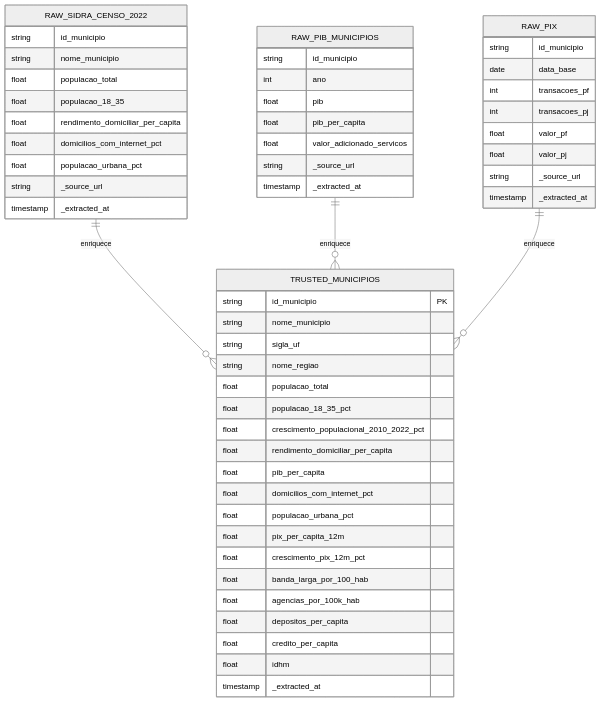
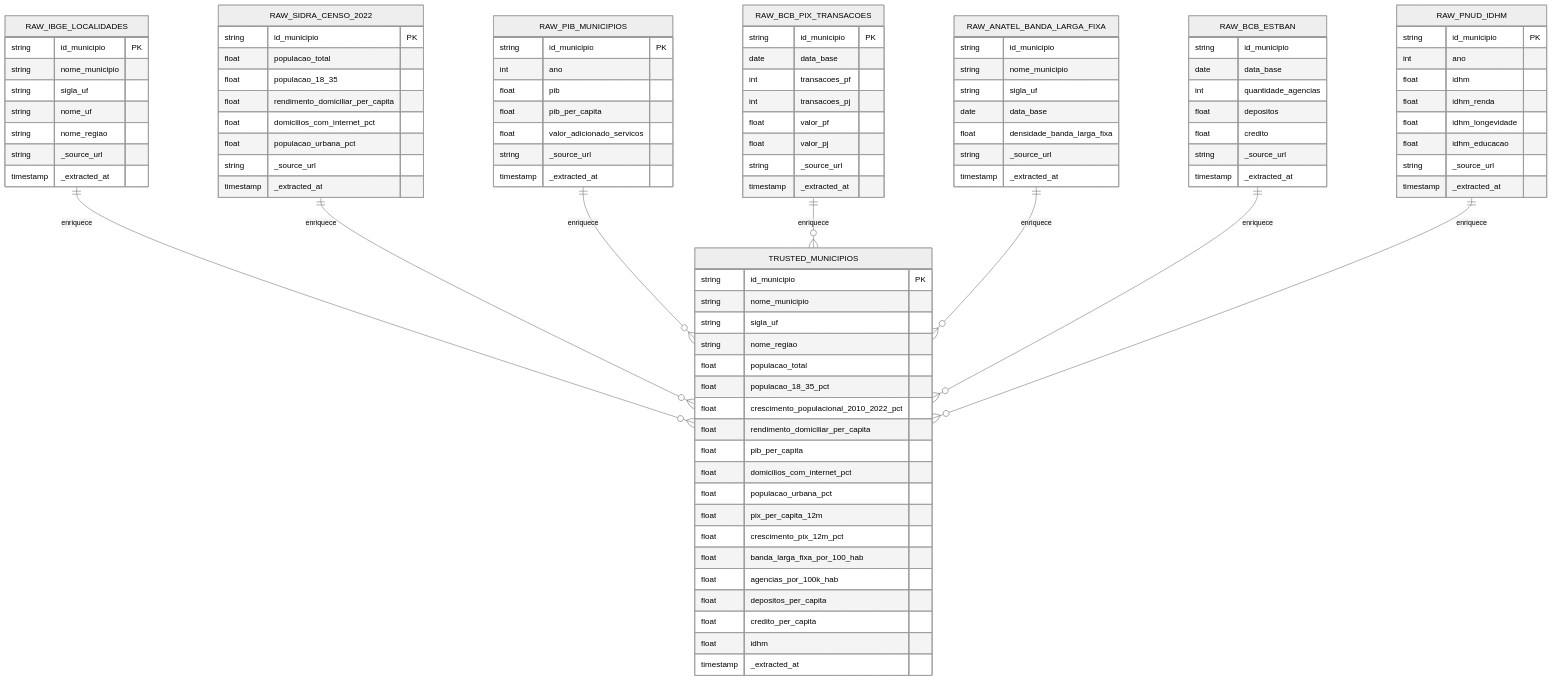
Before and after one commit to LucioFrCruz/heluvina_projeto_final_202602: the third of 4 diagrams in docs/Arquitetura_Tecnica.md, drawn with Mermaid (neutral theme). The commit also changed other lines of this file and 3 other files, not shown here.

Commit message:
docs: revisa arquitetura sem cache parquet, distingue api vs manual e ajusta banda larga fixa

````diff
--- a/docs/Arquitetura_Tecnica.md
+++ b/docs/Arquitetura_Tecnica.md
@@ -115,8 +173,17 @@
 ```mermaid
 erDiagram
+    RAW_IBGE_LOCALIDADES {
+        string id_municipio PK
+        string nome_municipio
+        string sigla_uf
+        string nome_uf
+        string nome_regiao
+        string _source_url
+        timestamp _extracted_at
+    }
+
     RAW_SIDRA_CENSO_2022 {
-        string id_municipio
-        string nome_municipio
+        string id_municipio PK
         float populacao_total
         float populacao_18_35
         float rendimento_domiciliar_per_capita
@@ -127,7 +194,7 @@
     }
 
     RAW_PIB_MUNICIPIOS {
-        string id_municipio
+        string id_municipio PK
         int ano
         float pib
         float pib_per_capita
@@ -136,13 +203,44 @@
         timestamp _extracted_at
     }
 
-    RAW_PIX {
-        string id_municipio
+    RAW_BCB_PIX_TRANSACOES {
+        string id_municipio PK
         date data_base
         int transacoes_pf
         int transacoes_pj
         float valor_pf
         float valor_pj
+        string _source_url
+        timestamp _extracted_at
+    }
+
+    RAW_ANATEL_BANDA_LARGA_FIXA {
+        string id_municipio
+        string nome_municipio
+        string sigla_uf
+        date data_base
+        float densidade_banda_larga_fixa
+        string _source_url
+        timestamp _extracted_at
+    }
+
+    RAW_BCB_ESTBAN {
+        string id_municipio
+        date data_base
+        int quantidade_agencias
+        float depositos
+        float credito
+        string _source_url
+        timestamp _extracted_at
+    }
+
+    RAW_PNUD_IDHM {
+        string id_municipio PK
+        int ano
+        float idhm
+        float idhm_renda
+        float idhm_longevidade
+        float idhm_educacao
         string _source_url
         timestamp _extracted_at
     }
@@ -161,7 +259,7 @@
         float populacao_urbana_pct
         float pix_per_capita_12m
         float crescimento_pix_12m_pct
-        float banda_larga_por_100_hab
+        float banda_larga_fixa_por_100_hab
         float agencias_por_100k_hab
         float depositos_per_capita
         float credito_per_capita
@@ -169,7 +267,11 @@
         timestamp _extracted_at
     }
 
+    RAW_IBGE_LOCALIDADES ||--o{ TRUSTED_MUNICIPIOS : enriquece
     RAW_SIDRA_CENSO_2022 ||--o{ TRUSTED_MUNICIPIOS : enriquece
     RAW_PIB_MUNICIPIOS ||--o{ TRUSTED_MUNICIPIOS : enriquece
-    RAW_PIX ||--o{ TRUSTED_MUNICIPIOS : enriquece
+    RAW_BCB_PIX_TRANSACOES ||--o{ TRUSTED_MUNICIPIOS : enriquece
+    RAW_ANATEL_BANDA_LARGA_FIXA ||--o{ TRUSTED_MUNICIPIOS : enriquece
+    RAW_BCB_ESTBAN ||--o{ TRUSTED_MUNICIPIOS : enriquece
+    RAW_PNUD_IDHM ||--o{ TRUSTED_MUNICIPIOS : enriquece
 ```
````
